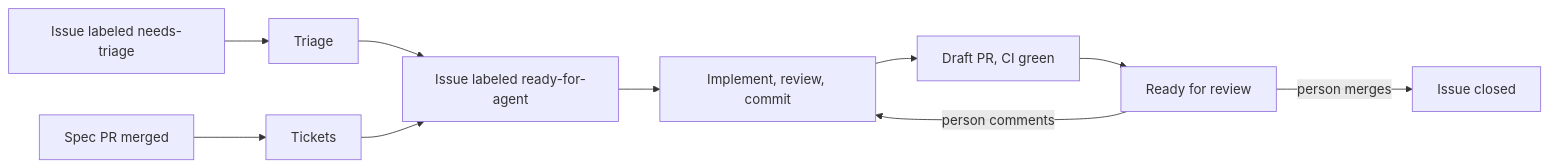
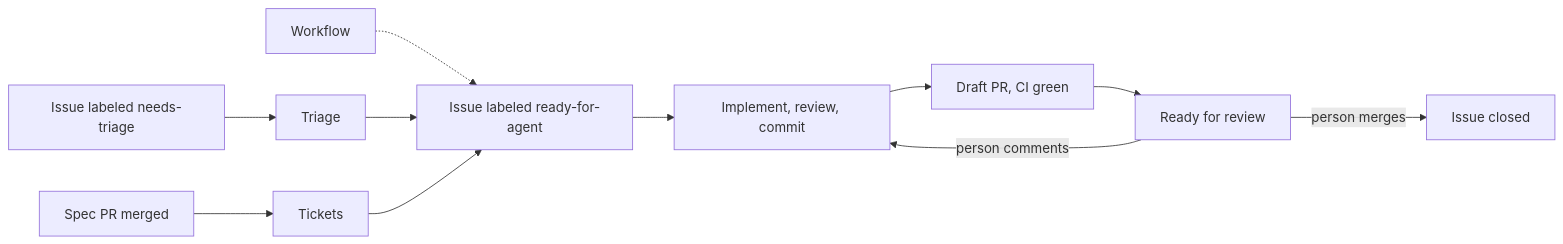
One commit to XRafik/linewright changed the first of 2 diagrams in docs/specs/product.md. Above: the diagram before and after it, drawn with Mermaid. The commit also changed other lines of this file and 2 other files, not shown here.

````diff
--- a/docs/specs/product.md
+++ b/docs/specs/product.md
@@ -63,12 +66,13 @@
 ```mermaid
 flowchart LR
     spec[Spec PR merged] --> tickets[Tickets]
     issue[Issue labeled needs-triage] --> triage[Triage]
+    workflow[Workflow] -.-> ready
     triage --> ready[Issue labeled ready-for-agent]
     tickets --> ready
     ready --> impl[Implement, review, commit]
     impl --> draft[Draft PR, CI green]
     draft --> review[Ready for review]
     review -- person comments --> impl
     review -- person merges --> done[Issue closed]
 ```
````
